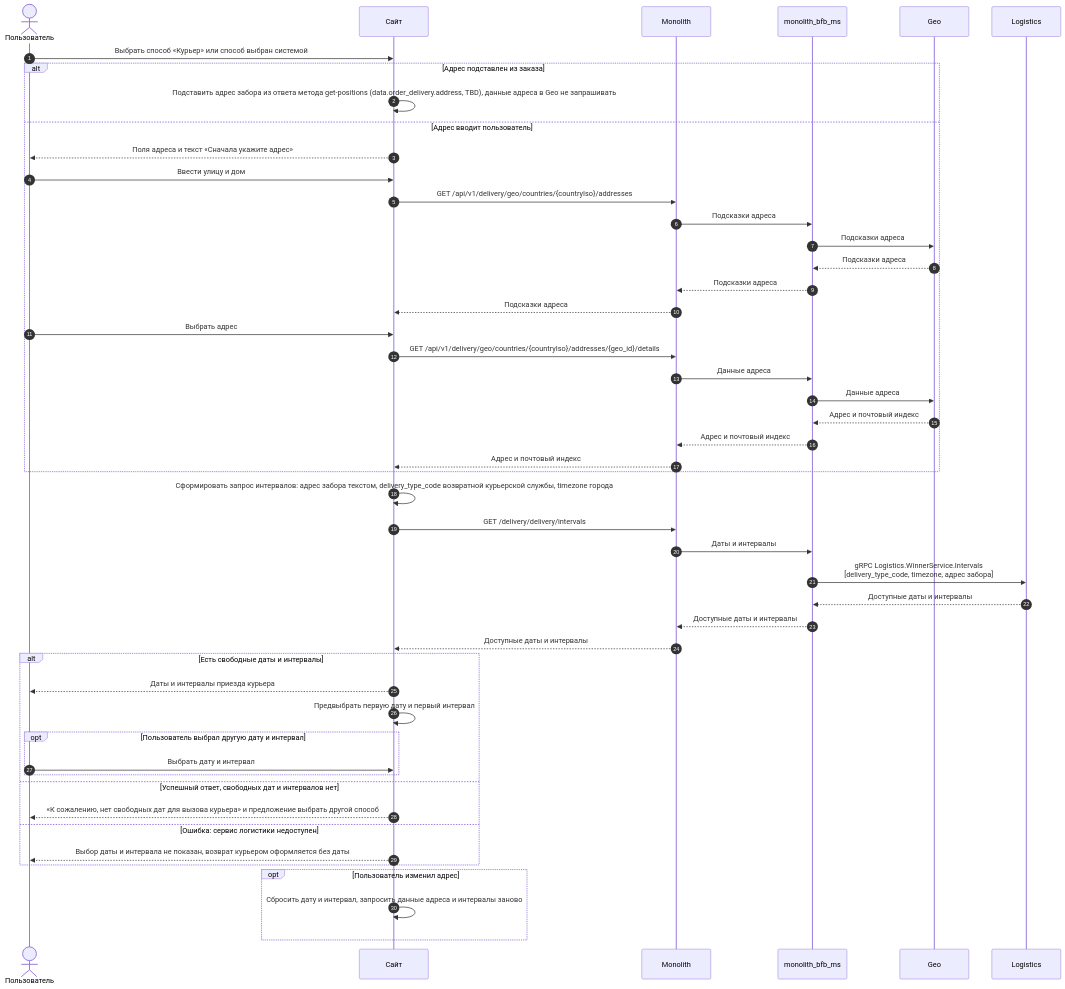
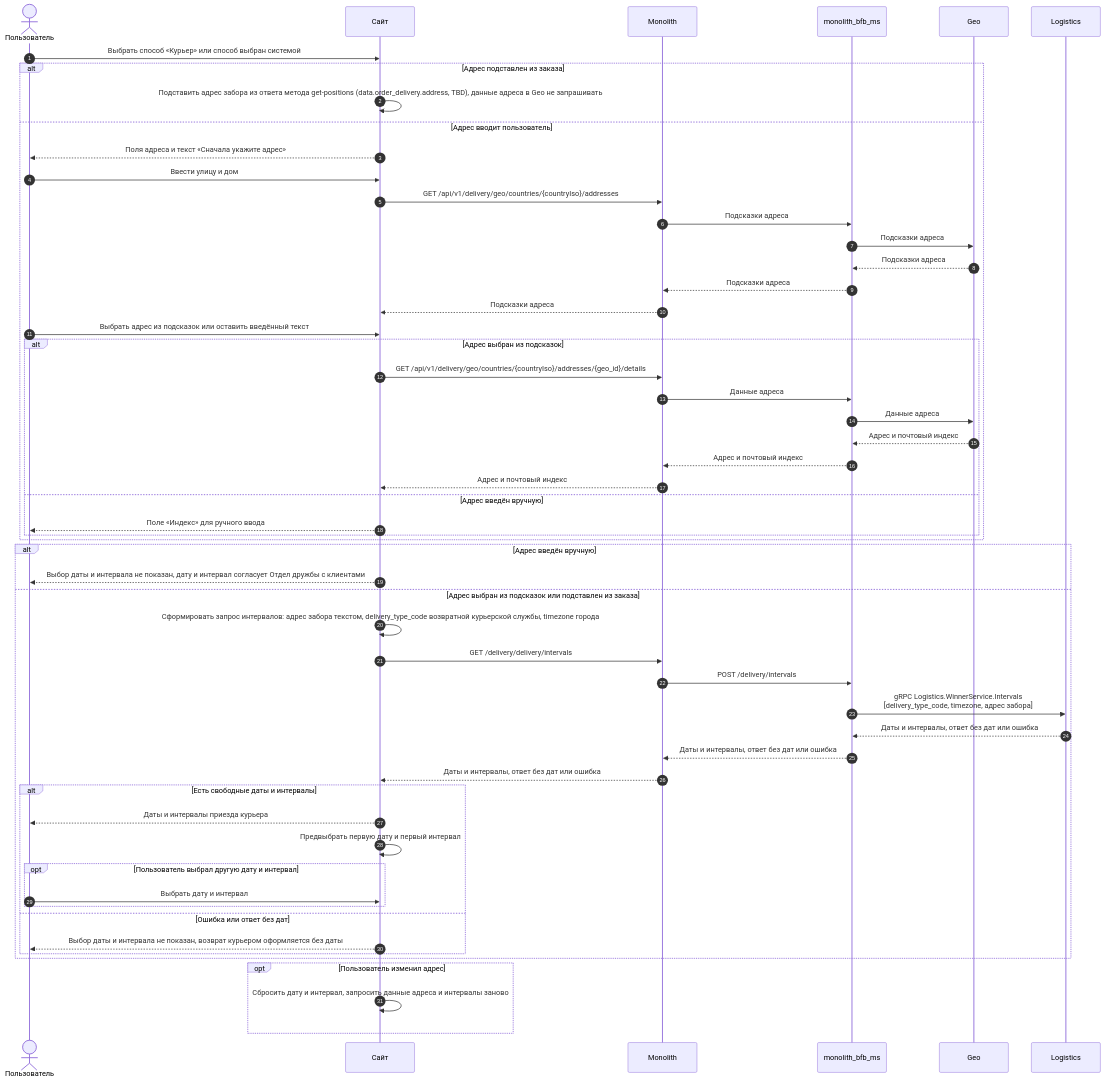
Before and after one commit to Terinss155/opencode-agents-analysis: the ninth of 23 diagrams in projects/returns-2.0/requirements/srs/srs-web-mvp.md, drawn with Mermaid. The commit also changed other lines of this file and 28 other files, not shown here.

First line of the commit message:
Возвраты 2.0: ручной адрес, ответы логистики, СДЭК, статусы, кофры

````diff
--- a/projects/returns-2.0/requirements/srs/srs-web-mvp.md
+++ b/projects/returns-2.0/requirements/srs/srs-web-mvp.md
@@ -599,53 +599,59 @@
 ```mermaid
 sequenceDiagram
     autonumber
     actor U as Пользователь
     participant WEB as Сайт
     participant MON as Monolith
     participant BFB as monolith_bfb_ms
     participant GEO as Geo
     participant LOG as Logistics
 
     U->>WEB: Выбрать способ «Курьер» или способ выбран системой
     alt Адрес подставлен из заказа
         WEB->>WEB: Подставить адрес забора из ответа метода get-positions (data.order_delivery.address, TBD), данные адреса в Geo не запрашивать
     else Адрес вводит пользователь
         WEB-->>U: Поля адреса и текст «Сначала укажите адрес»
         U->>WEB: Ввести улицу и дом
         WEB->>MON: GET /api/v1/delivery/geo/countries/{countryIso}/addresses
         MON->>BFB: Подсказки адреса
         BFB->>GEO: Подсказки адреса
         GEO-->>BFB: Подсказки адреса
         BFB-->>MON: Подсказки адреса
         MON-->>WEB: Подсказки адреса
-        U->>WEB: Выбрать адрес
-        WEB->>MON: GET /api/v1/delivery/geo/countries/{countryIso}/addresses/{geo_id}/details
-        MON->>BFB: Данные адреса
-        BFB->>GEO: Данные адреса
-        GEO-->>BFB: Адрес и почтовый индекс
-        BFB-->>MON: Адрес и почтовый индекс
-        MON-->>WEB: Адрес и почтовый индекс
+        U->>WEB: Выбрать адрес из подсказок или оставить введённый текст
+        alt Адрес выбран из подсказок
+            WEB->>MON: GET /api/v1/delivery/geo/countries/{countryIso}/addresses/{geo_id}/details
+            MON->>BFB: Данные адреса
+            BFB->>GEO: Данные адреса
+            GEO-->>BFB: Адрес и почтовый индекс
+            BFB-->>MON: Адрес и почтовый индекс
+            MON-->>WEB: Адрес и почтовый индекс
+        else Адрес введён вручную
+            WEB-->>U: Поле «Индекс» для ручного ввода
+        end
     end
-    WEB->>WEB: Сформировать запрос интервалов: адрес забора текстом, delivery_type_code возвратной курьерской службы, timezone города
-    WEB->>MON: GET /delivery/delivery/intervals
-    MON->>BFB: Даты и интервалы
-    BFB->>LOG: gRPC Logistics.WinnerService.Intervals<br>[delivery_type_code, timezone, адрес забора]
-    LOG-->>BFB: Доступные даты и интервалы
-    BFB-->>MON: Доступные даты и интервалы
-    MON-->>WEB: Доступные даты и интервалы
-    alt Есть свободные даты и интервалы
-        WEB-->>U: Даты и интервалы приезда курьера
-        WEB->>WEB: Предвыбрать первую дату и первый интервал
-        opt Пользователь выбрал другую дату и интервал
-            U->>WEB: Выбрать дату и интервал
+    alt Адрес введён вручную
+        WEB-->>U: Выбор даты и интервала не показан, дату и интервал согласует Отдел дружбы с клиентами
+    else Адрес выбран из подсказок или подставлен из заказа
+        WEB->>WEB: Сформировать запрос интервалов: адрес забора текстом, delivery_type_code возвратной курьерской службы, timezone города
+        WEB->>MON: GET /delivery/delivery/intervals
+        MON->>BFB: POST /delivery/intervals
+        BFB->>LOG: gRPC Logistics.WinnerService.Intervals<br>[delivery_type_code, timezone, адрес забора]
+        LOG-->>BFB: Даты и интервалы, ответ без дат или ошибка
+        BFB-->>MON: Даты и интервалы, ответ без дат или ошибка
+        MON-->>WEB: Даты и интервалы, ответ без дат или ошибка
+        alt Есть свободные даты и интервалы
+            WEB-->>U: Даты и интервалы приезда курьера
+            WEB->>WEB: Предвыбрать первую дату и первый интервал
+            opt Пользователь выбрал другую дату и интервал
+                U->>WEB: Выбрать дату и интервал
+            end
+        else Ошибка или ответ без дат
+            WEB-->>U: Выбор даты и интервала не показан, возврат курьером оформляется без даты
         end
-    else Успешный ответ, свободных дат и интервалов нет
-        WEB-->>U: «К сожалению, нет свободных дат для вызова курьера» и предложение выбрать другой способ
-    else Ошибка: сервис логистики недоступен
-        WEB-->>U: Выбор даты и интервала не показан, возврат курьером оформляется без даты
     end
 
     opt Пользователь изменил адрес
         WEB->>WEB: Сбросить дату и интервал, запросить данные адреса и интервалы заново
     end
 ```
````
